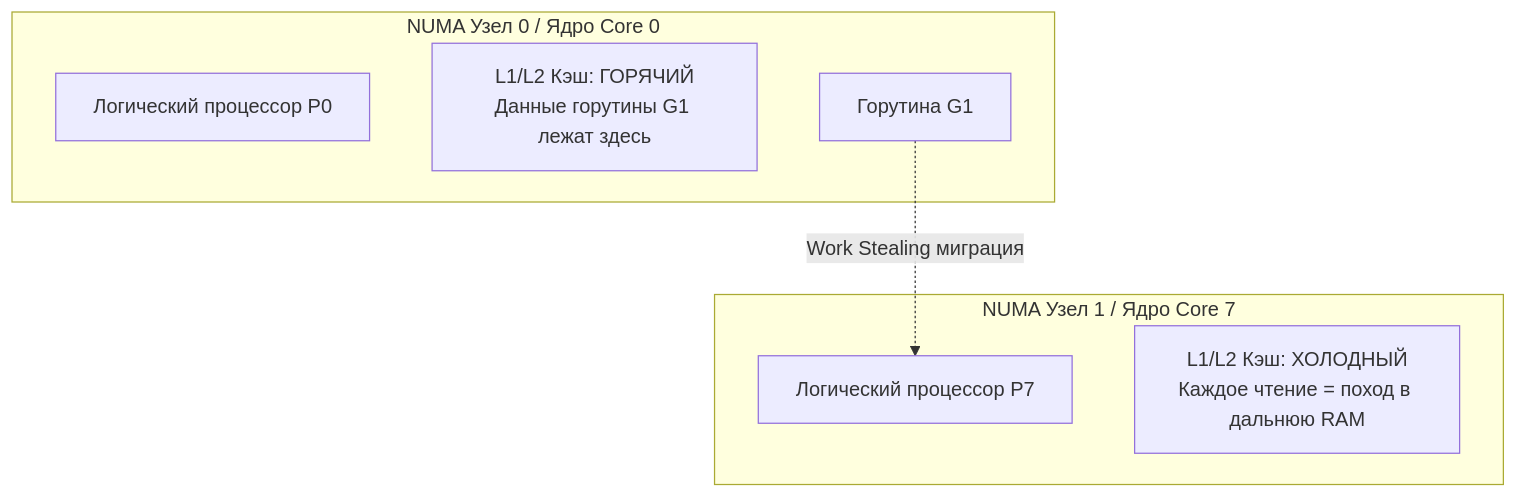
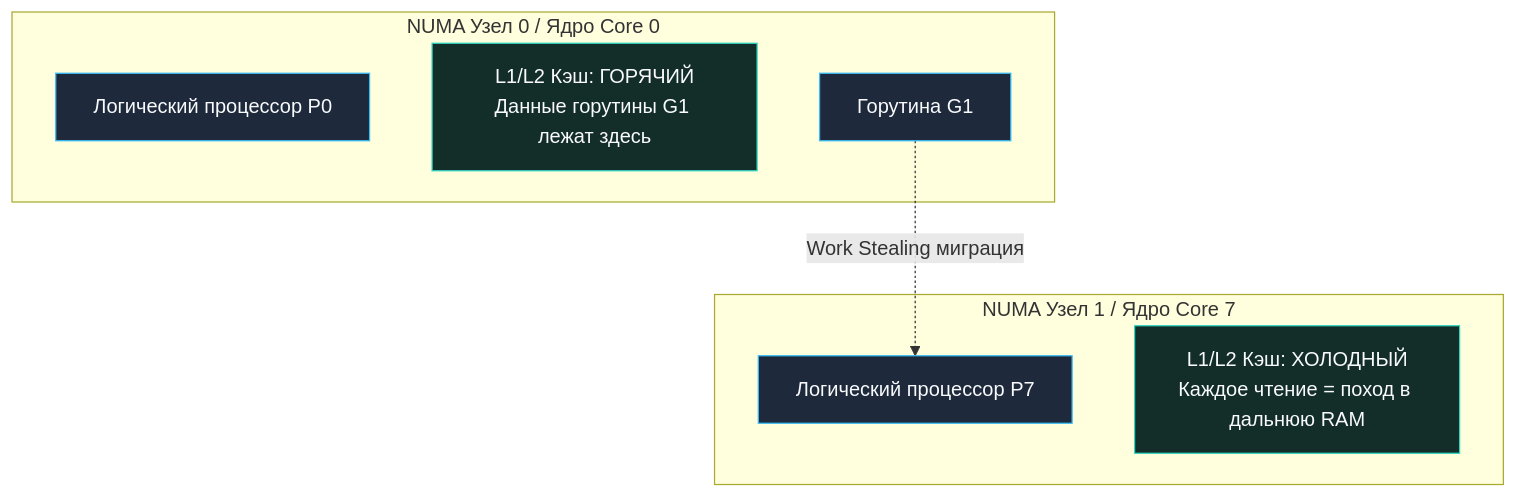
The third of 3 diagrams in sources/16. Профилирование, отладка и производительность/01. Фундамент/5. Mechanical sympathy в backend разработке.md (UnrealTemplier/go-textbook), drawn with Mermaid before and after one commit. The commit also changed other lines of this file and 1666 other files, not shown here.

First line of the commit message:
feat(mermaid): add semantic color classDef to 1369 colorless flowchart/graph diagrams

````diff
--- a/sources/16. Профилирование, отладка и производительность/01. Фундамент/5. Mechanical sympathy в backend разработке.md
+++ b/sources/16. Профилирование, отладка и производительность/01. Фундамент/5. Mechanical sympathy в backend разработке.md
@@ -343,15 +363,25 @@
 ```mermaid
 flowchart TD
+    classDef process  fill:#1e293b,stroke:#38bdf8,stroke-width:1px,color:#f8fafc
+    classDef success  fill:#064e3b,stroke:#34d399,stroke-width:1px,color:#f8fafc
+    classDef error    fill:#7f1d1d,stroke:#f87171,stroke-width:1px,color:#f8fafc
+    classDef warning  fill:#78350f,stroke:#fbbf24,stroke-width:1px,color:#f8fafc
+    classDef entry    fill:#1e3a5f,stroke:#38bdf8,stroke-width:2px,color:#f8fafc
+    classDef aux      fill:#334155,stroke:#64748b,stroke-width:1px,color:#f8fafc
+    classDef system   fill:#312e81,stroke:#a78bfa,stroke-width:1px,color:#f8fafc
+    classDef data     fill:#132d29,stroke:#2dd4bf,stroke-width:1px,color:#f8fafc
+    classDef network  fill:#881337,stroke:#fb7185,stroke-width:1px,color:#f8fafc
+    classDef accent   fill:#1e1b4b,stroke:#818cf8,stroke-width:1px,color:#f8fafc
     subgraph Core0["NUMA Узел 0 / Ядро Core 0"]
-        P0["Логический процессор P0"]
-        L1_Hot["L1/L2 Кэш: ГОРЯЧИЙ<br>Данные горутины G1 лежат здесь"]
-        G1["Горутина G1"]
+        P0["Логический процессор P0"]:::process
+        L1_Hot["L1/L2 Кэш: ГОРЯЧИЙ<br>Данные горутины G1 лежат здесь"]:::data
+        G1["Горутина G1"]:::process
     end
 
     subgraph Core7["NUMA Узел 1 / Ядро Core 7"]
-        P7["Логический процессор P7"]
-        L1_Cold["L1/L2 Кэш: ХОЛОДНЫЙ<br>Каждое чтение = поход в дальнюю RAM"]
+        P7["Логический процессор P7"]:::process
+        L1_Cold["L1/L2 Кэш: ХОЛОДНЫЙ<br>Каждое чтение = поход в дальнюю RAM"]:::data
     end
 
     G1 -.->|"Work Stealing миграция"| P7
 ```
````
